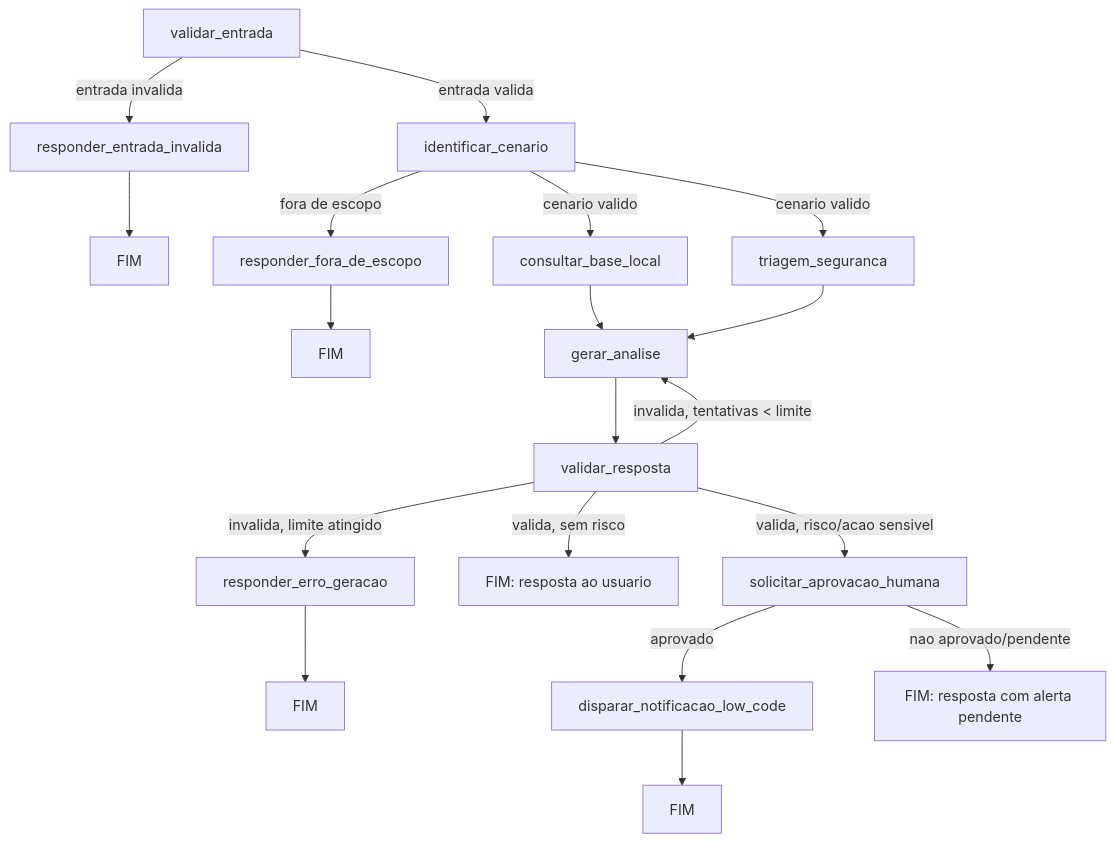
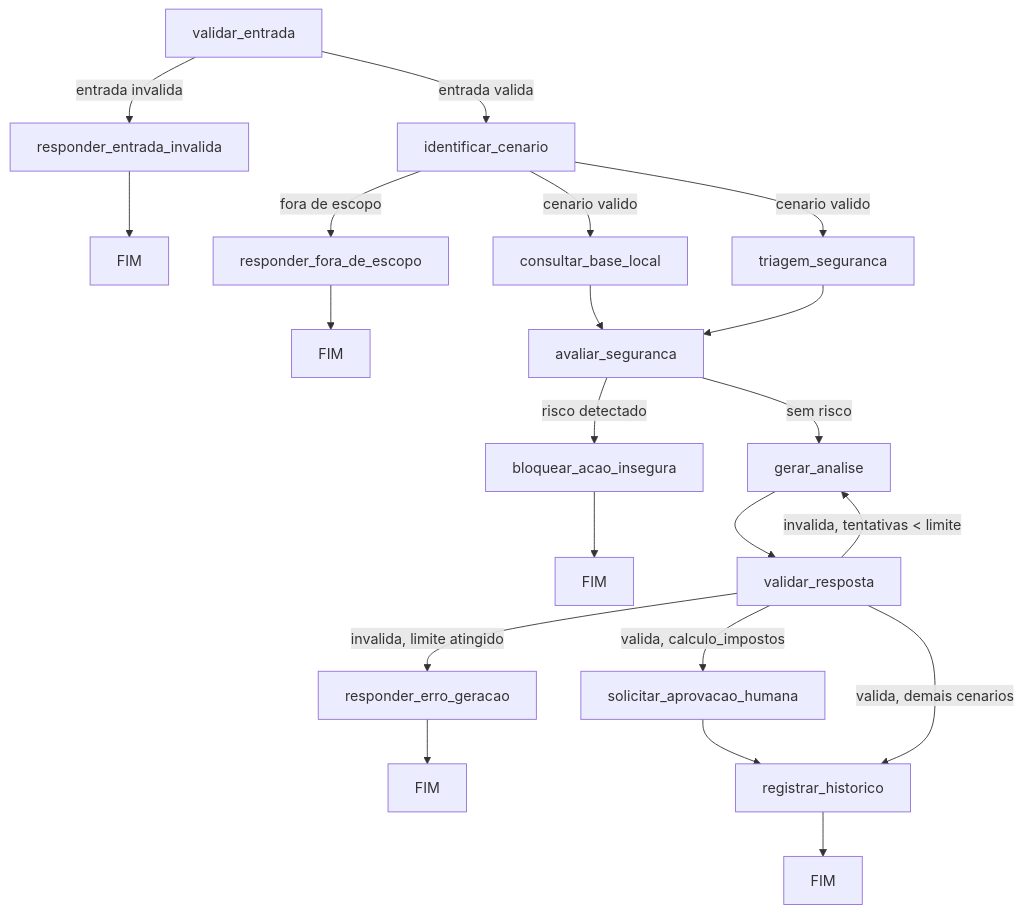
One commit to jacsontobiasbordin/assistenteReformaTributaria-SCTEC changed the diagram in README.md. Above: the diagram before and after it, drawn with Mermaid. The commit also changed other lines of this file, not shown here.

````diff
--- a/README.md
+++ b/README.md
@@ -58,17 +69,17 @@
 ```mermaid
 flowchart TD
     A[validar_entrada] -->|entrada invalida| Z1[responder_entrada_invalida] --> END1[FIM]
     A -->|entrada valida| B[identificar_cenario]
     B -->|fora de escopo| Z2[responder_fora_de_escopo] --> END2[FIM]
     B -->|cenario valido| C[consultar_base_local]
     B -->|cenario valido| D[triagem_seguranca]
-    C --> E[gerar_analise]
+    C --> E[avaliar_seguranca]
     D --> E
-    E --> F[validar_resposta]
-    F -->|invalida, tentativas < limite| E
-    F -->|invalida, limite atingido| Z3[responder_erro_geracao] --> END3[FIM]
-    F -->|valida, sem risco| END4[FIM: resposta ao usuario]
-    F -->|valida, risco/acao sensivel| G[solicitar_aprovacao_humana]
-    G -->|aprovado| H[disparar_notificacao_low_code] --> END5[FIM]
-    G -->|nao aprovado/pendente| END6[FIM: resposta com alerta pendente]
+    E -->|risco detectado| Z3[bloquear_acao_insegura] --> END3[FIM]
+    E -->|sem risco| F[gerar_analise]
+    F --> G[validar_resposta]
+    G -->|invalida, tentativas < limite| F
+    G -->|invalida, limite atingido| Z4[responder_erro_geracao] --> END4[FIM]
+    G -->|valida, calculo_impostos| H[solicitar_aprovacao_humana] --> I[registrar_historico] --> END5[FIM]
+    G -->|valida, demais cenarios| I
 ```
````
